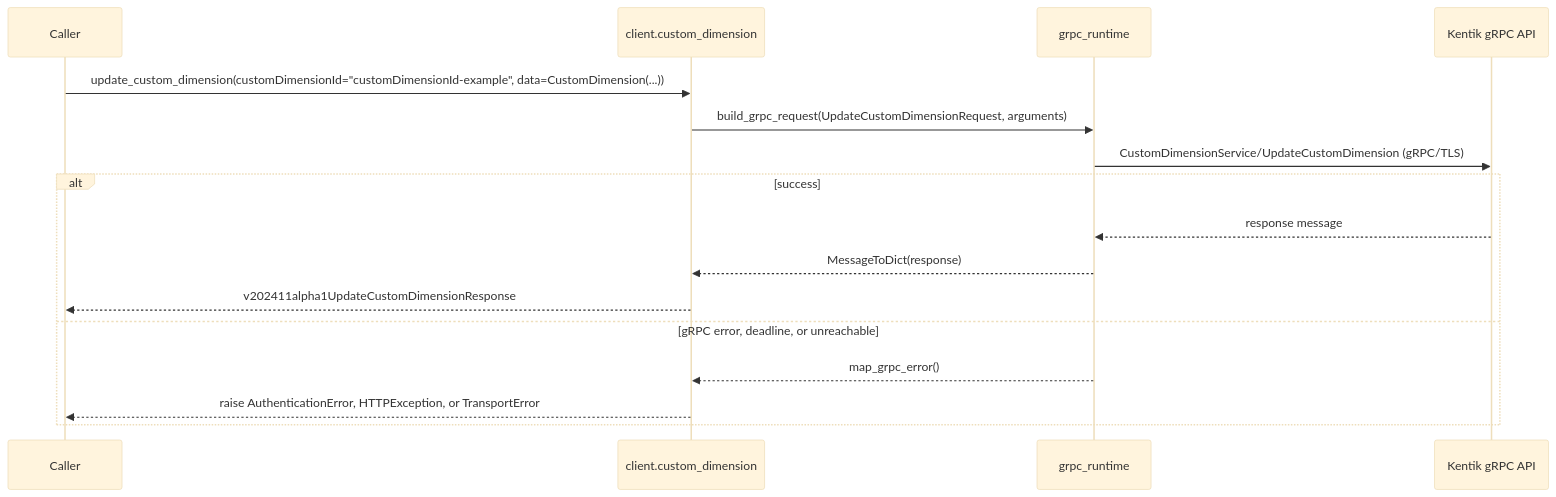
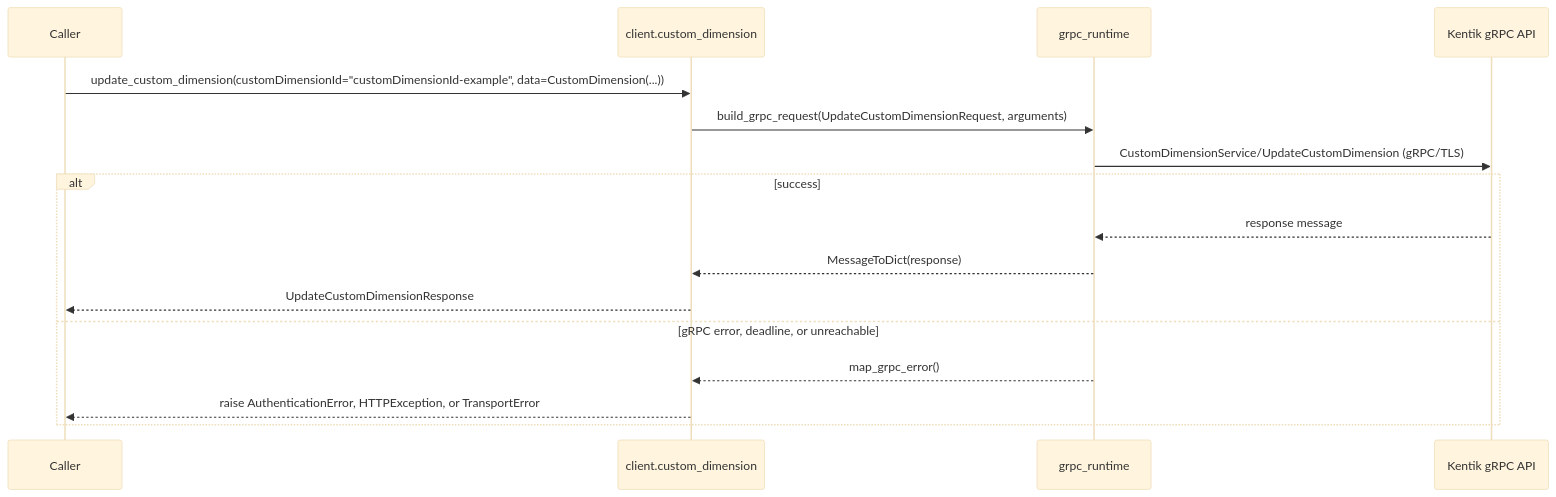
Before and after one commit to alexdearaujo/community_sdk_python: the seventh of 22 diagrams in docs/sphinx/services/custom_dimension.md, drawn with Mermaid (base theme). The commit also changed other lines of this file and 38 other files, not shown here.

````diff
--- a/docs/sphinx/services/custom_dimension.md
+++ b/docs/sphinx/services/custom_dimension.md
@@ -203,19 +203,19 @@
 ```mermaid
 sequenceDiagram
     participant C as Caller
     participant W as client.custom_dimension
     participant R as grpc_runtime
     participant API as Kentik gRPC API
 
     C->>W: update_custom_dimension(customDimensionId="customDimensionId-example", data=CustomDimension(...))
     W->>R: build_grpc_request(UpdateCustomDimensionRequest, arguments)
     R->>API: CustomDimensionService/UpdateCustomDimension (gRPC/TLS)
     alt success
         API-->>R: response message
         R-->>W: MessageToDict(response)
-        W-->>C: v202411alpha1UpdateCustomDimensionResponse
+        W-->>C: UpdateCustomDimensionResponse
     else gRPC error, deadline, or unreachable
         R-->>W: map_grpc_error()
         W-->>C: raise AuthenticationError, HTTPException, or TransportError
     end
 ```
````
